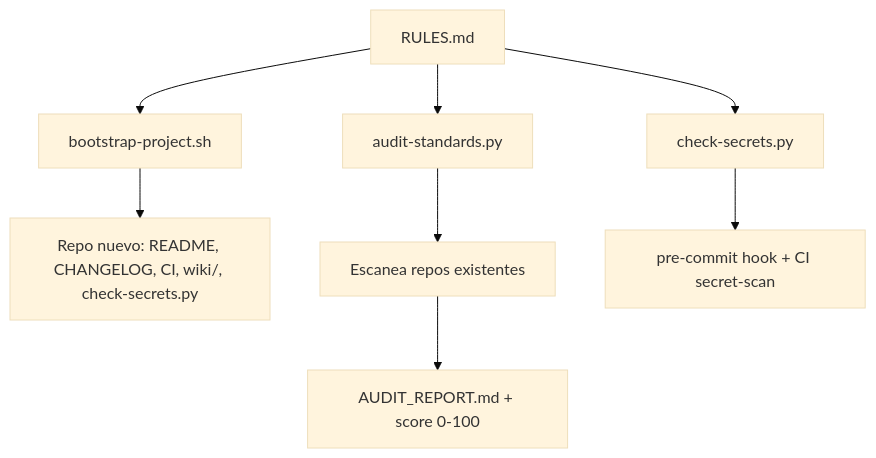
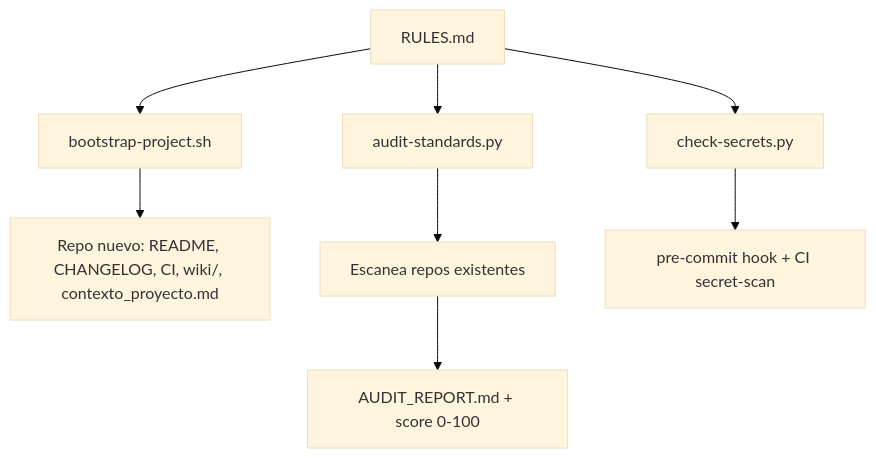
One commit to luciomerlo/dev-standards changed the diagram in README.md. Above: the diagram before and after it, drawn with Mermaid (base theme). The commit also changed other lines of this file and 11 other files, not shown here.

First line of the commit message:
feat(standards): require an up-to-date contexto_proyecto.md

````diff
--- a/README.md
+++ b/README.md
@@ -11,10 +11,10 @@
 ```mermaid
 graph TD
   A[RULES.md] --> B[bootstrap-project.sh]
-  B --> C[Repo nuevo: README, CHANGELOG, CI, wiki/, check-secrets.py]
+  B --> C[Repo nuevo: README, CHANGELOG, CI, wiki/, contexto_proyecto.md]
   A --> D[audit-standards.py]
   D --> E[Escanea repos existentes]
   E --> F[AUDIT_REPORT.md + score 0-100]
   A --> G[check-secrets.py]
   G --> H[pre-commit hook + CI secret-scan]
 ```
````
